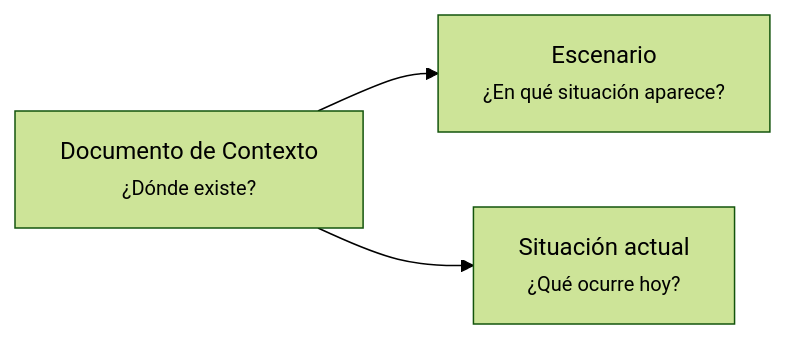
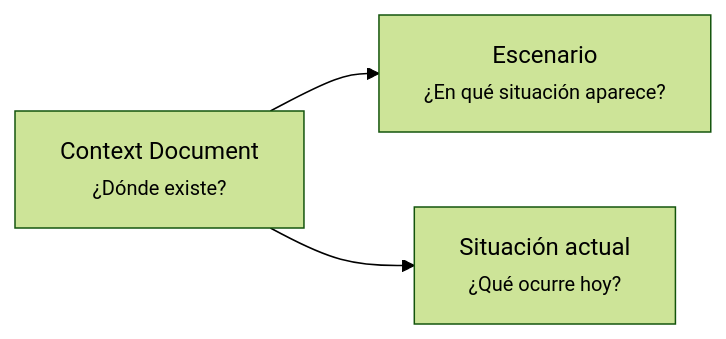
Before and after one commit to vslices/docs: the diagram in docs/es/alive-lab/research/notes/docs-standard/artifacts/documents/document-artifact-index.md, drawn with Mermaid (forest theme). The commit also changed other lines of this file and 4 other files, not shown here.

````diff
--- a/docs/es/alive-lab/research/notes/docs-standard/artifacts/documents/document-artifact-index.md
+++ b/docs/es/alive-lab/research/notes/docs-standard/artifacts/documents/document-artifact-index.md
@@ -109,8 +91,8 @@
 ```mermaid
 flowchart LR
-    R["Documento de Contexto<br/><small>¿Dónde existe?</small>"]
+    R["Context Document<br/><small>¿Dónde existe?</small>"]
     B1["Escenario<br/><small>¿En qué situación aparece?</small>"]
     B2["Situación actual<br/><small>¿Qué ocurre hoy?</small>"]
 
     R --> B1 & B2
 ```
````
